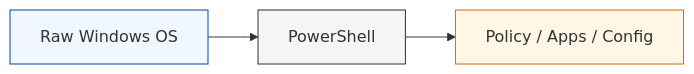
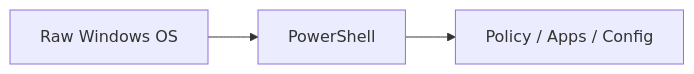
The third of 3 diagrams in 00_README.md (conti0513/development_public), drawn with Mermaid before and after one commit. The commit also changed other lines of this file, not shown here.

````diff
--- a/00_README.md
+++ b/00_README.md
@@ -45,10 +70,5 @@
 ```mermaid
 graph LR
     Win[Raw Windows OS] --> PS[PowerShell]
     PS --> Pol[Policy / Apps / Config]
-    
-    style Win fill:#f0f7ff,stroke:#004a99,stroke-width:1px
-    style PS fill:#f5f5f5,stroke:#333,stroke-width:1px
-    style Pol fill:#fff7e6,stroke:#d46b08,stroke-width:1px
-
 ```
````
